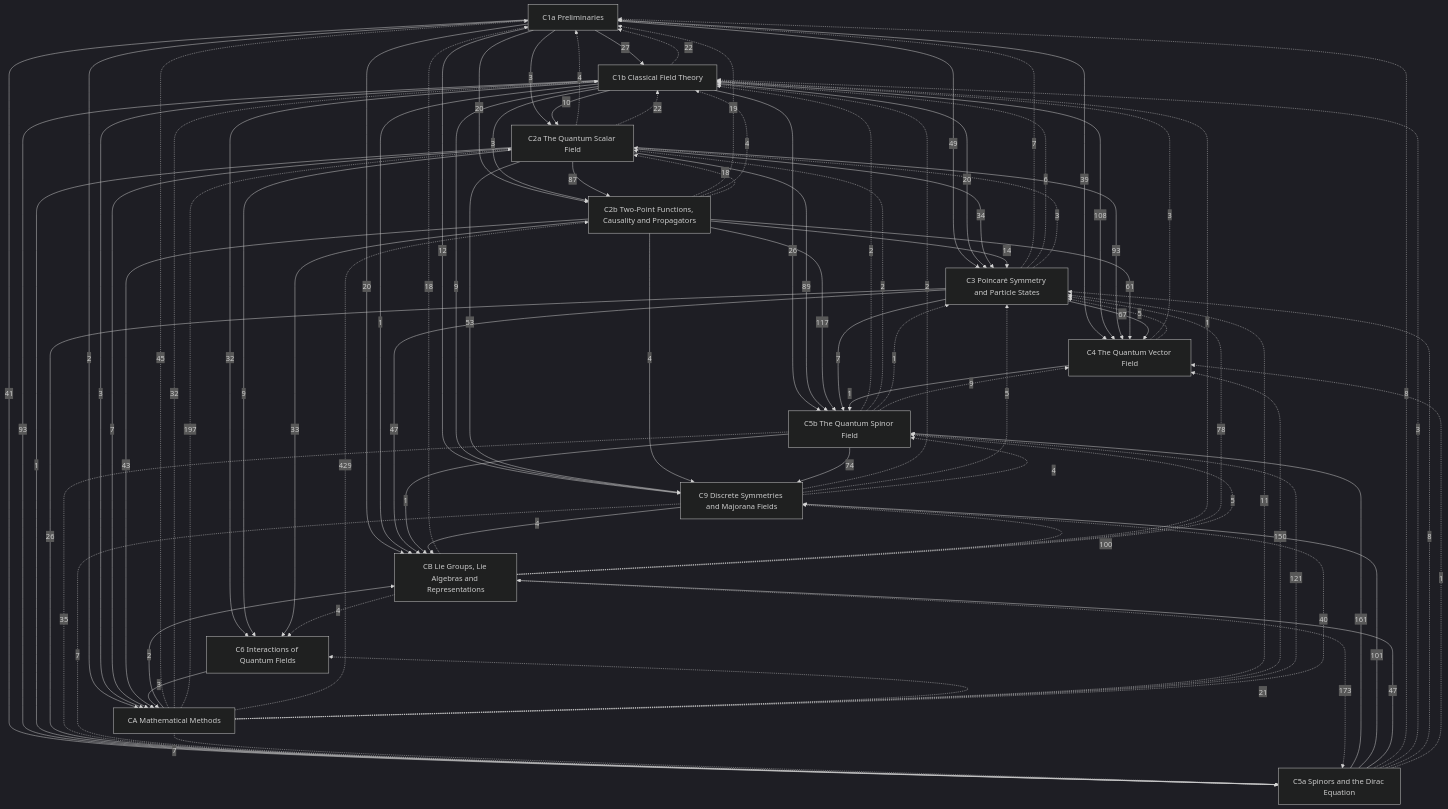
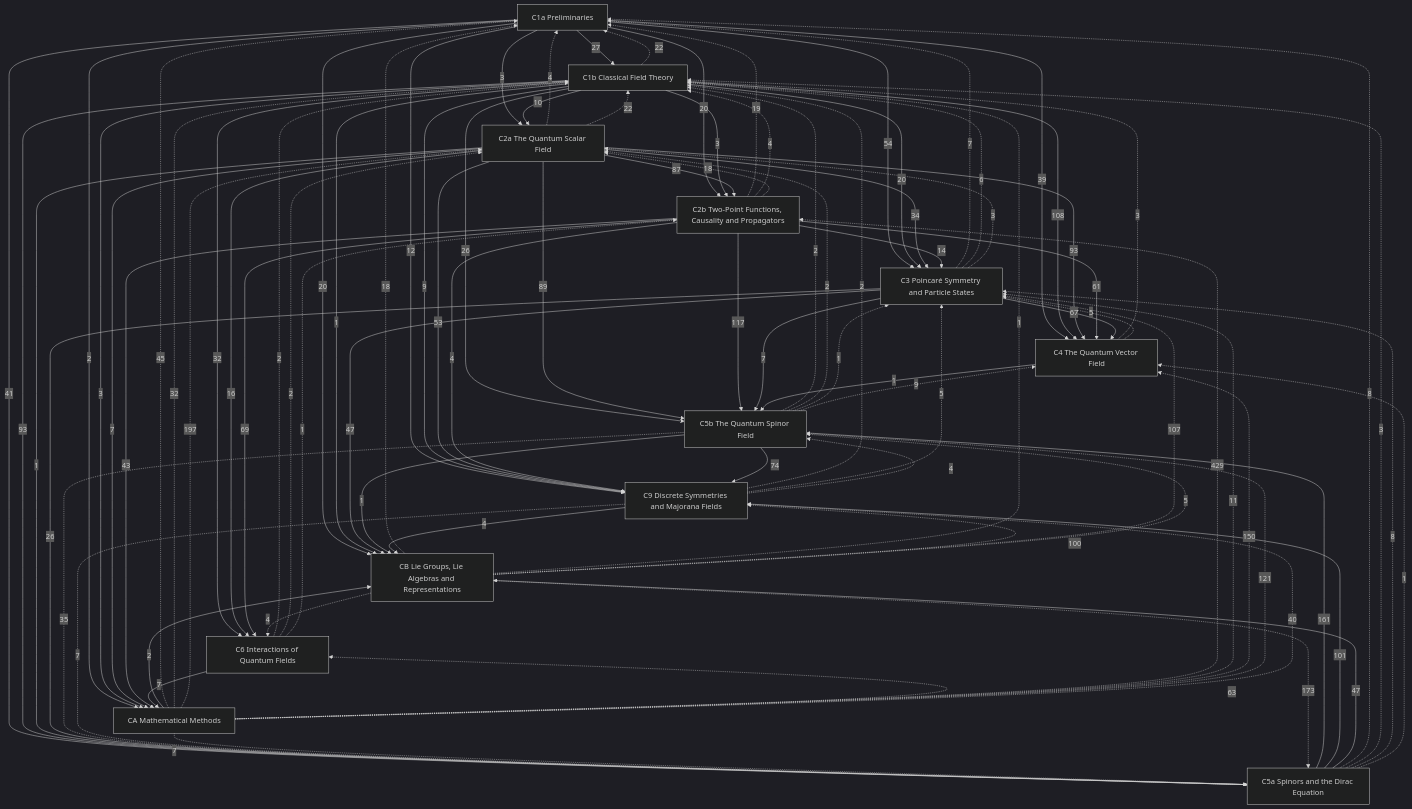
One commit to Onion20040508/notes changed the diagram in Physics/Quantum Field Theory/Quantum Field Theory.md. Above: the diagram before and after it, drawn with Mermaid (dark theme). The commit also changed other lines of this file and 42 other files, not shown here.

```diff
--- a/Physics/Quantum Field Theory/Quantum Field Theory.md
+++ b/Physics/Quantum Field Theory/Quantum Field Theory.md
@@ -48,7 +48,7 @@
   C1a -->|20| C2b
   C1b -->|3| C2b
   C2a -->|87| C2b
-  C1a -->|49| C3
+  C1a -->|54| C3
   C1b -->|20| C3
   C2a -->|34| C3
   C2b -->|14| C3
@@ -68,8 +68,8 @@
   C4 -->|1| C5b
   C5a -->|161| C5b
   C1b -->|32| C6
-  C2a -->|9| C6
-  C2b -->|33| C6
+  C2a -->|16| C6
+  C2b -->|69| C6
   C1a -->|12| C9
   C1b -->|9| C9
   C2a -->|53| C9
@@ -80,7 +80,7 @@
   C1b -->|3| CA
   C2a -->|7| CA
   C2b -->|43| CA
-  C6 -->|3| CA
+  C6 -->|7| CA
   C1a -->|20| CB
   C1b -->|1| CB
   C3 -->|47| CB
@@ -101,20 +101,23 @@
   C4 -.->|3| C1b
   C5a -.->|3| C1b
   C5b -.->|2| C1b
+  C6 -.->|2| C1b
   C9 -.->|2| C1b
   CA -.->|32| C1b
   CB -.->|1| C1b
   C2b -.->|18| C2a
   C3 -.->|3| C2a
   C5b -.->|2| C2a
+  C6 -.->|2| C2a
   CA -.->|197| C2a
+  C6 -.->|1| C2b
   CA -.->|429| C2b
   C4 -.->|5| C3
   C5a -.->|8| C3
   C5b -.->|1| C3
   C9 -.->|5| C3
   CA -.->|11| C3
-  CB -.->|78| C3
+  CB -.->|107| C3
   C5a -.->|1| C4
   C5b -.->|9| C4
   CA -.->|150| C4
@@ -125,7 +128,7 @@
   C9 -.->|4| C5b
   CA -.->|121| C5b
   CB -.->|5| C5b
-  CA -.->|21| C6
+  CA -.->|63| C6
   CB -.->|4| C6
   CA -.->|40| C9
   CB -.->|100| C9
```
